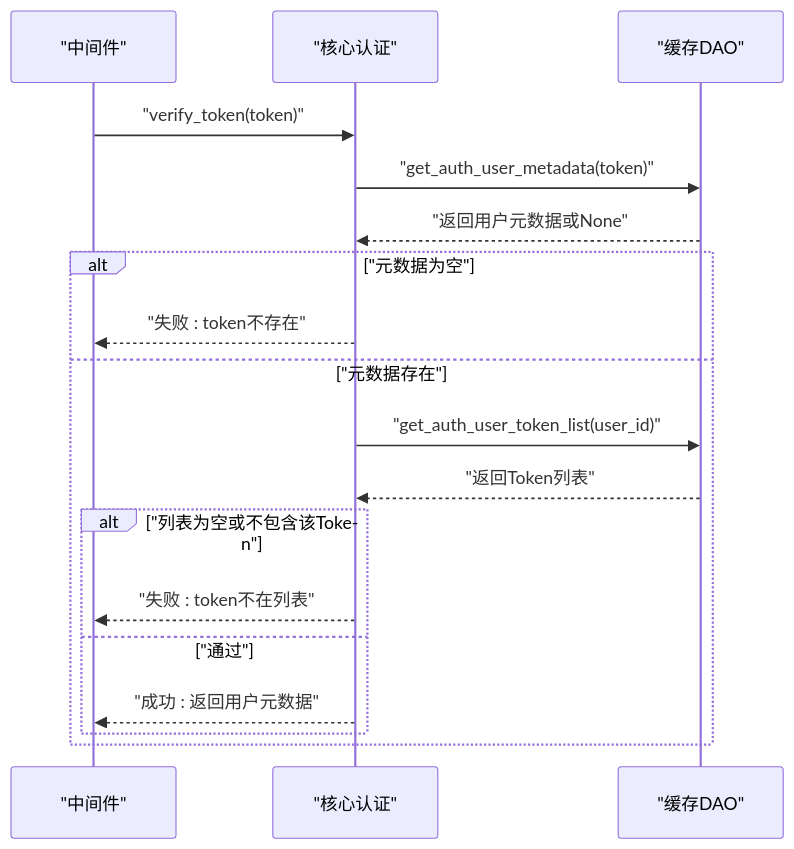
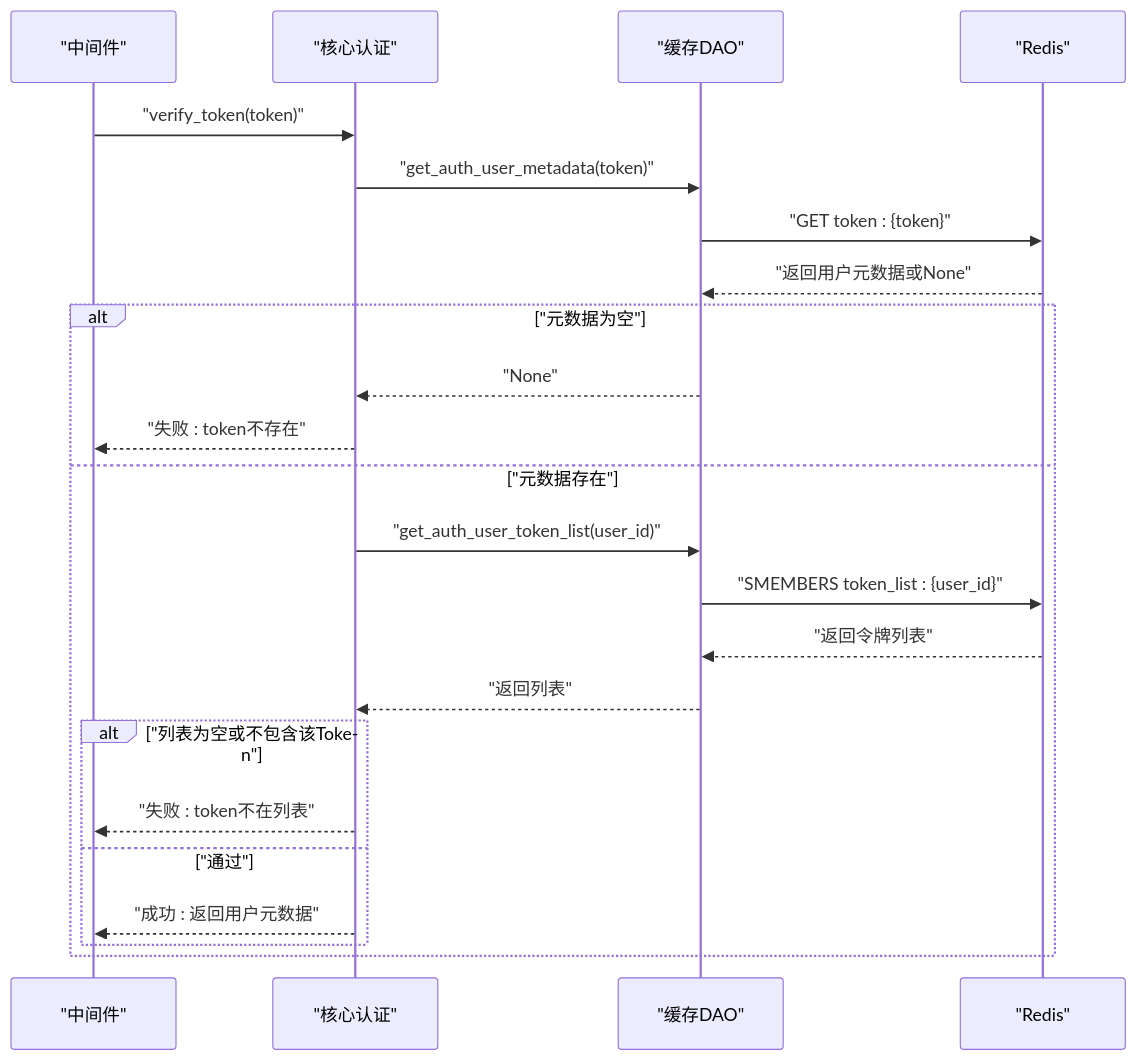
One commit to lilinzezzzzzz/fastapi-backend changed the seventh of 14 diagrams in .qoder/repowiki/zh/content/安全认证机制/安全认证机制.md. Above: the diagram before and after it, drawn with Mermaid. The commit also changed other lines of this file and 38 other files, not shown here.

````diff
--- a/.qoder/repowiki/zh/content/安全认证机制/安全认证机制.md
+++ b/.qoder/repowiki/zh/content/安全认证机制/安全认证机制.md
@@ -260,20 +384,25 @@
 ```mermaid
 sequenceDiagram
 participant MW as "中间件"
 participant Core as "核心认证"
-participant Redis as "缓存DAO"
+participant Cache as "缓存DAO"
+participant Redis as "Redis"
 MW->>Core : "verify_token(token)"
-Core->>Redis : "get_auth_user_metadata(token)"
-Redis-->>Core : "返回用户元数据或None"
+Core->>Cache : "get_auth_user_metadata(token)"
+Cache->>Redis : "GET token : {token}"
+Redis-->>Cache : "返回用户元数据或None"
 alt "元数据为空"
+Cache-->>Core : "None"
 Core-->>MW : "失败 : token不存在"
 else "元数据存在"
-Core->>Redis : "get_auth_user_token_list(user_id)"
-Redis-->>Core : "返回Token列表"
+Core->>Cache : "get_auth_user_token_list(user_id)"
+Cache->>Redis : "SMEMBERS token_list : {user_id}"
+Redis-->>Cache : "返回令牌列表"
+Cache-->>Core : "返回列表"
 alt "列表为空或不包含该Token"
 Core-->>MW : "失败 : token不在列表"
 else "通过"
 Core-->>MW : "成功 : 返回用户元数据"
 end
 end
 ```
````
